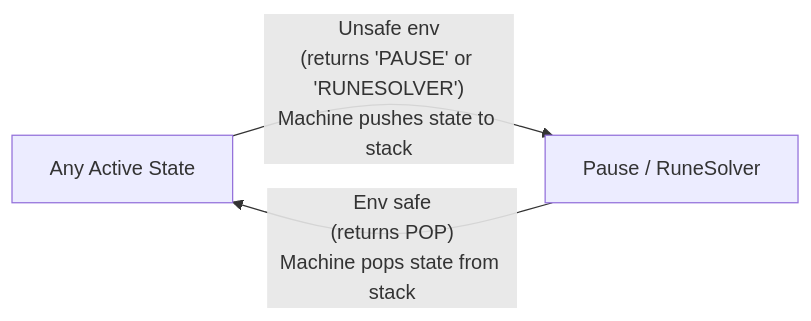
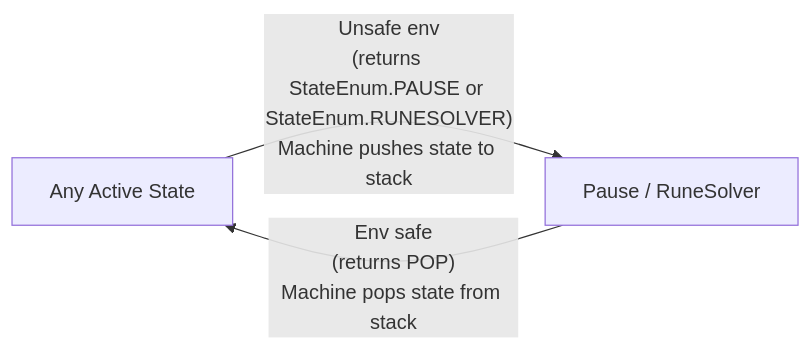
The third of 3 diagrams in src/states/README_EN.md (abc21086999/maple_script), drawn with Mermaid before and after one commit. The commit also changed other lines of this file and 9 other files, not shown here.

Commit message:
feat(state-machine): use enum for states

````diff
--- a/src/states/README_EN.md
+++ b/src/states/README_EN.md
@@ -93,5 +96,5 @@
 ```mermaid
 graph LR
-    AnyState["Any Active State"] -->|"Unsafe env\n(returns 'PAUSE' or 'RUNESOLVER')\nMachine pushes state to stack"| Interrupt["Pause / RuneSolver"]
+    AnyState["Any Active State"] -->|"Unsafe env\n(returns StateEnum.PAUSE or StateEnum.RUNESOLVER)\nMachine pushes state to stack"| Interrupt["Pause / RuneSolver"]
     Interrupt -->|"Env safe\n(returns POP)\nMachine pops state from stack"| AnyState
 ```
````
